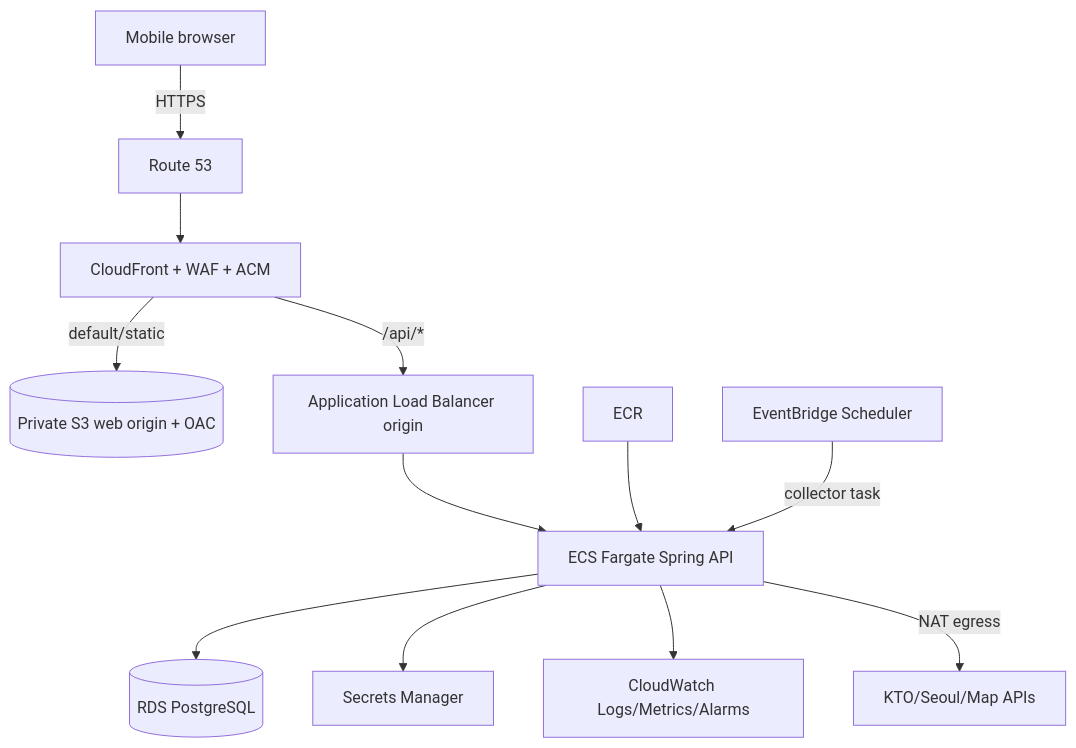
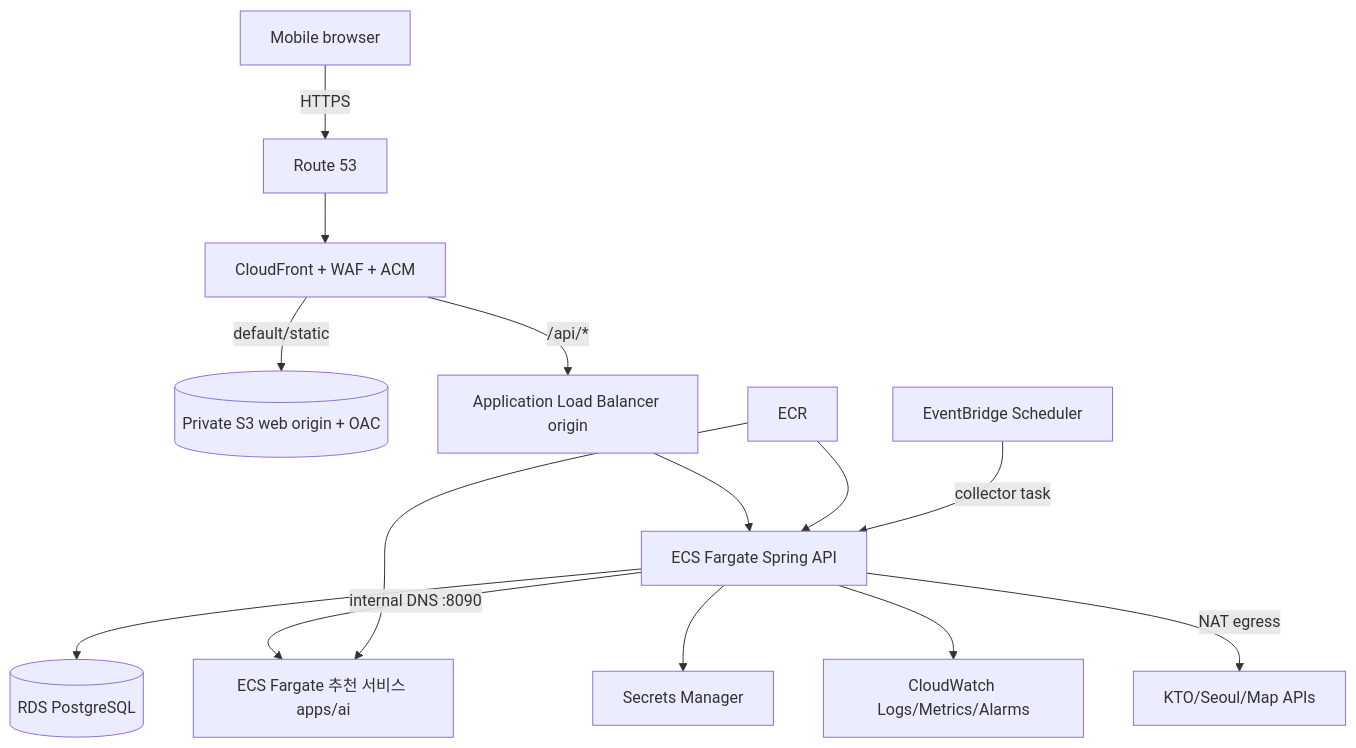
Before and after one commit to yutakdv/Nullnull: the first of 2 diagrams in docs/operations/AWS_DEPLOYMENT.md, drawn with Mermaid. The commit also changed other lines of this file and 73 other files, not shown here.

````diff
--- a/docs/operations/AWS_DEPLOYMENT.md
+++ b/docs/operations/AWS_DEPLOYMENT.md
@@ -12,25 +25,28 @@
 ```mermaid
 flowchart TB
     U[Mobile browser]
     R53[Route 53]
     CF[CloudFront + WAF + ACM]
     S3[(Private S3 web origin + OAC)]
     ALB[Application Load Balancer origin]
     ECS[ECS Fargate Spring API]
+    AI[ECS Fargate 추천 서비스 apps/ai]
     RDS[(RDS PostgreSQL)]
     SM[Secrets Manager]
     CW[CloudWatch Logs/Metrics/Alarms]
     ECR[ECR]
     EB[EventBridge Scheduler]
     EXT[KTO/Seoul/Map APIs]
 
     U -->|HTTPS| R53 --> CF
     CF -->|default/static| S3
     CF -->|/api/*| ALB --> ECS
     ECS --> RDS
+    ECS -->|internal DNS :8090| AI
     ECS --> SM
     ECS --> CW
     ECR --> ECS
+    ECR --> AI
     EB -->|collector task| ECS
     ECS -->|NAT egress| EXT
 ```
````
